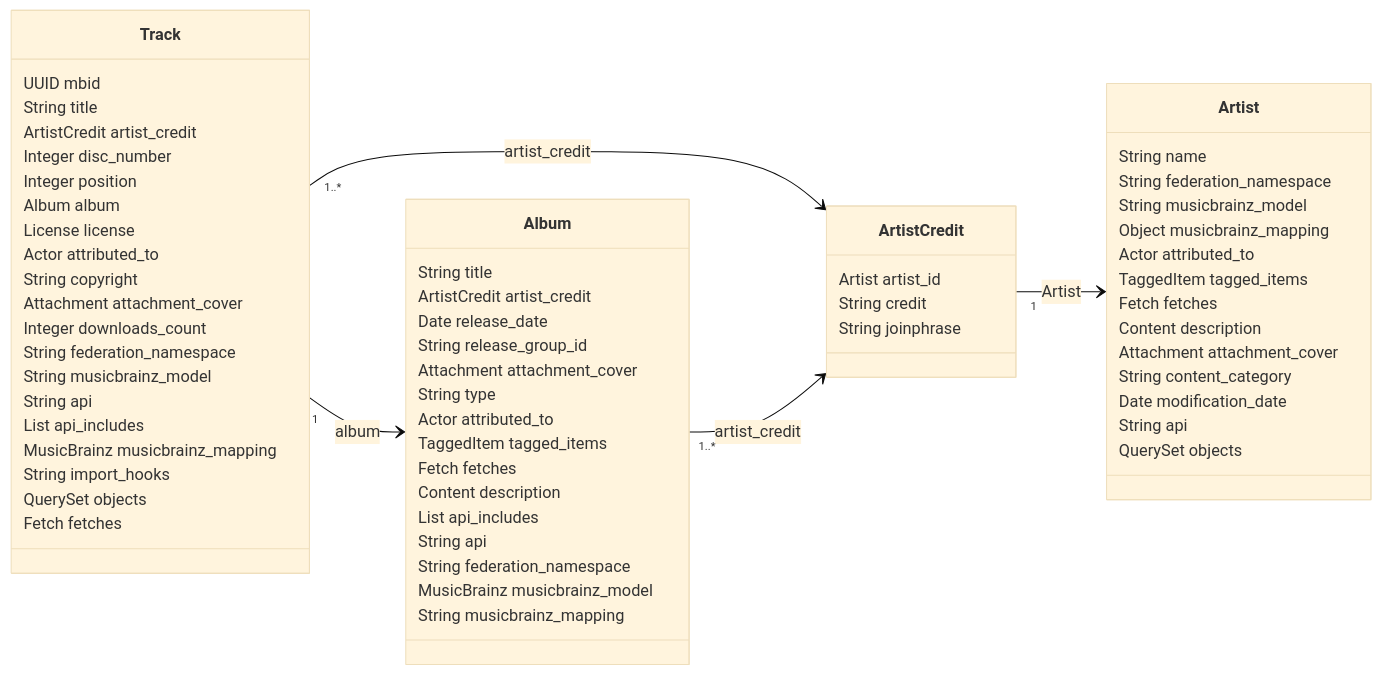
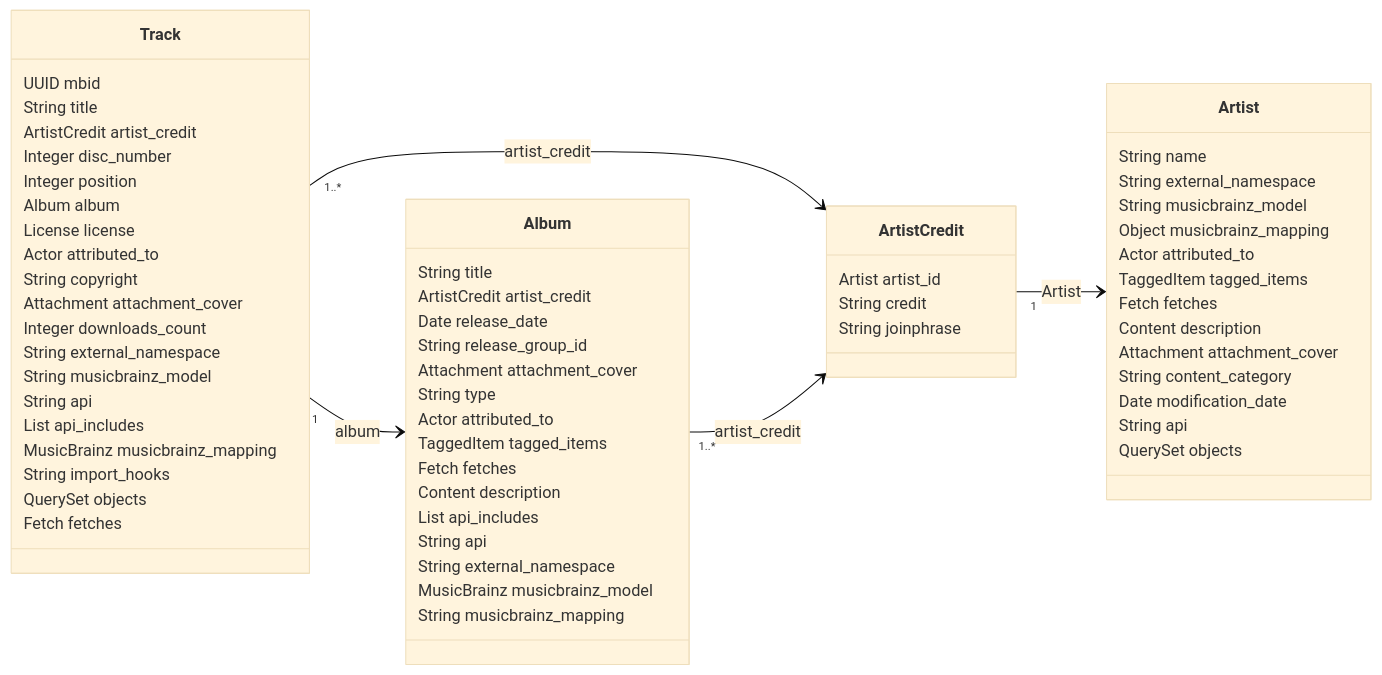
One commit to LorenDB/tayra changed the second of 4 diagrams in docs/specs/multi-artist/mb-content.md. Above: the diagram before and after it, drawn with Mermaid (base theme). The commit also changed 626 other files, not shown here.

````diff
--- a/docs/specs/multi-artist/mb-content.md
+++ b/docs/specs/multi-artist/mb-content.md
@@ -56,66 +56,66 @@
 ```{mermaid}
 classDiagram
     direction LR
     class Album {
         String title
         ArtistCredit artist_credit
         Date release_date
         String release_group_id
         Attachment attachment_cover
         String type
         Actor attributed_to
         TaggedItem tagged_items
         Fetch fetches
         Content description
         List api_includes
         String api
-        String federation_namespace
+        String external_namespace
         MusicBrainz musicbrainz_model
         String musicbrainz_mapping
     }
     class Track {
         UUID mbid
         String title
         ArtistCredit artist_credit
         Integer disc_number
         Integer position
         Album album
         License license
         Actor attributed_to
         String copyright
         Attachment attachment_cover
         Integer downloads_count
-        String federation_namespace
+        String external_namespace
         String musicbrainz_model
         String api
         List api_includes
         MusicBrainz musicbrainz_mapping
         String import_hooks
         QuerySet objects
         Fetch fetches
     }
     class Artist {
         String name
-        String federation_namespace
+        String external_namespace
         String musicbrainz_model
         Object musicbrainz_mapping
         Actor attributed_to
         TaggedItem tagged_items
         Fetch fetches
         Content description
         Attachment attachment_cover
         String content_category
         Date modification_date
         String api
         QuerySet objects
     }
     class ArtistCredit {
         Artist artist_id
         String credit
         String joinphrase
     }
     Track "1" --> Album : album
     Track "1..*" --> ArtistCredit : artist_credit
     Album "1..*" --> ArtistCredit : artist_credit
     ArtistCredit "1" --> Artist : Artist
 ```
````
